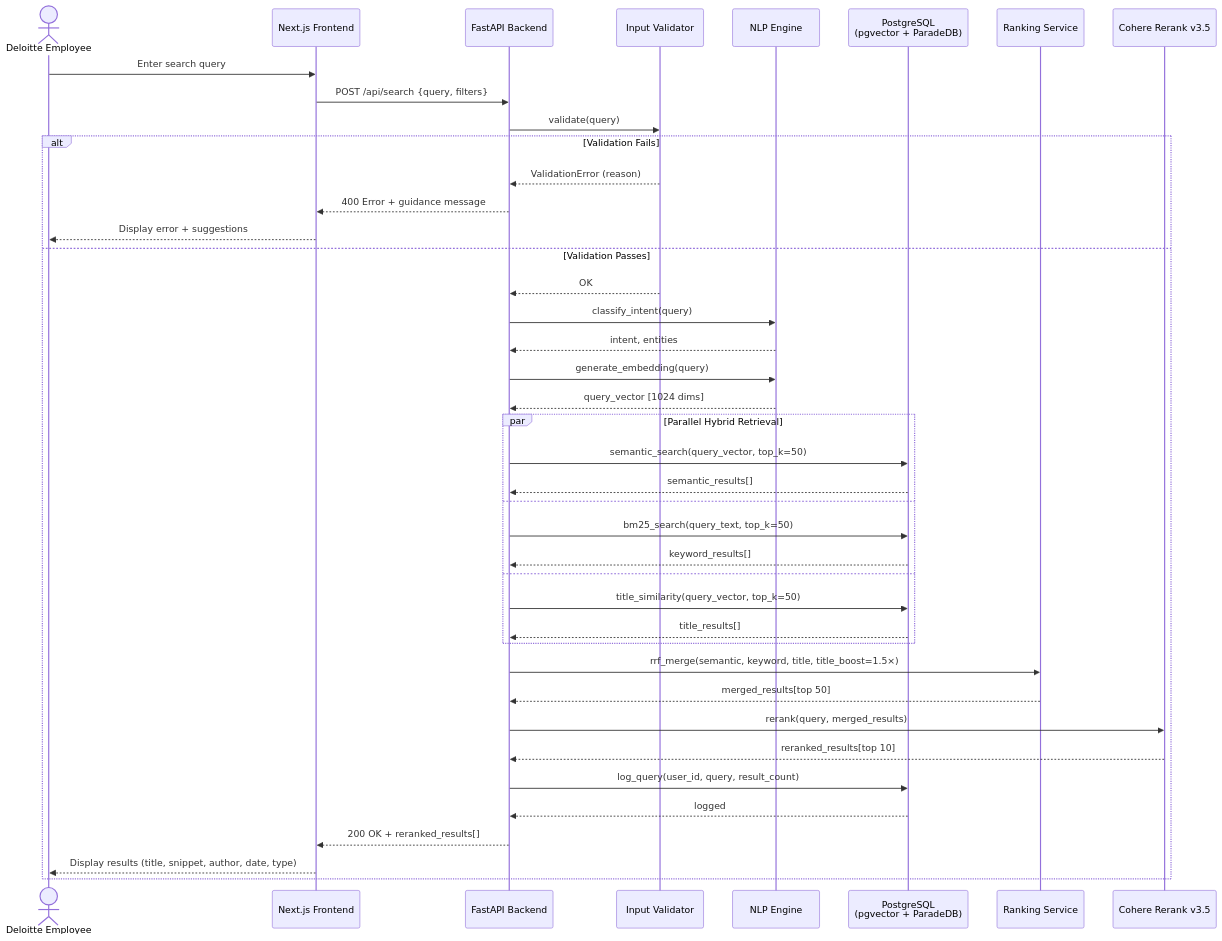
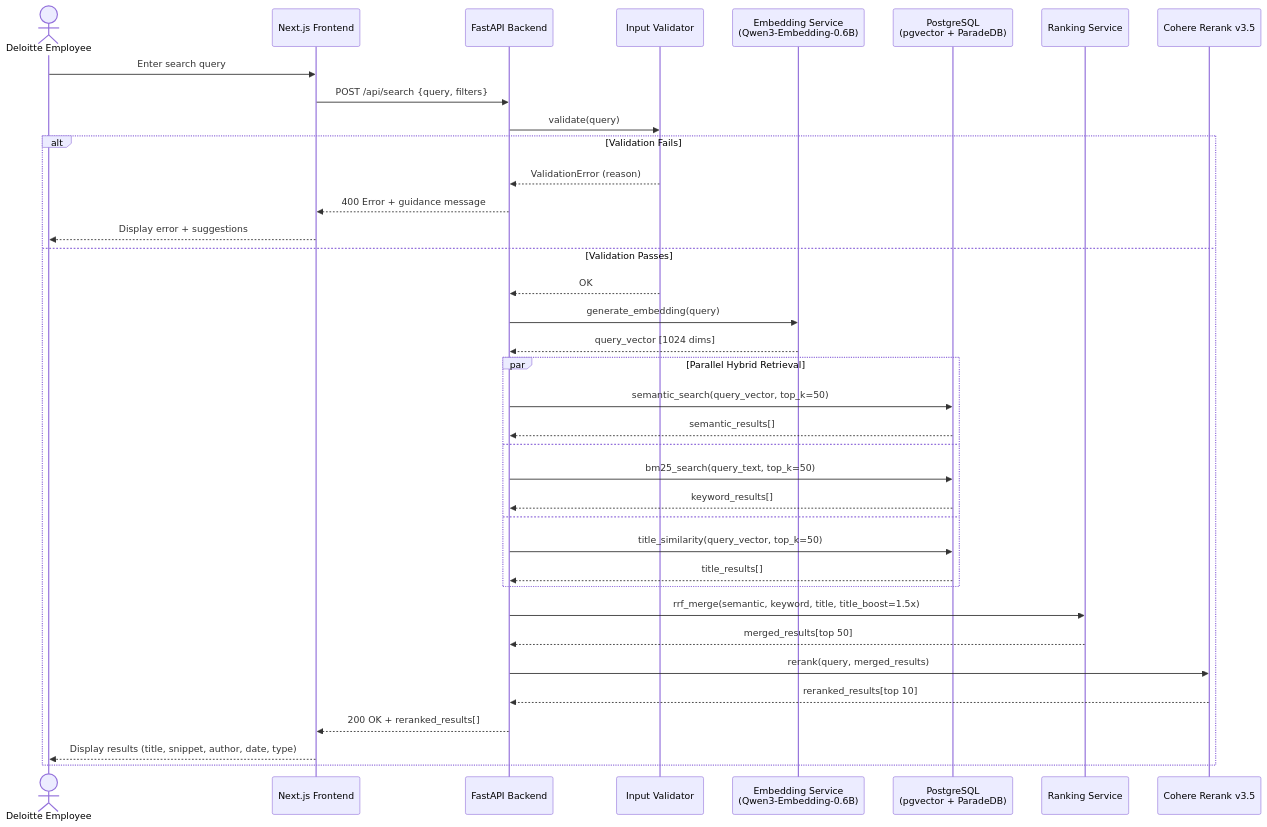
One commit to FlyM1ss/capstone-project changed the diagram in software-engineering/diagrams/sequence.mmd. Above: the diagram before and after it, drawn with Mermaid. The commit also changed 10 other files, not shown here.

First line of the commit message:
docs: update UML diagrams and add modern high-res renders

```diff
--- a/software-engineering/diagrams/sequence.mmd
+++ b/software-engineering/diagrams/sequence.mmd
@@ -1,45 +1,41 @@
 sequenceDiagram
     actor User as Deloitte Employee
     participant UI as Next.js Frontend
     participant API as FastAPI Backend
     participant Val as Input Validator
-    participant NLP as NLP Engine
+    participant Embed as Embedding Service<br/>(Qwen3-Embedding-0.6B)
     participant DB as PostgreSQL<br/>(pgvector + ParadeDB)
     participant Rank as Ranking Service
     participant RR as Cohere Rerank v3.5
 
     User->>UI: Enter search query
     UI->>API: POST /api/search {query, filters}
     API->>Val: validate(query)
 
     alt Validation Fails
         Val-->>API: ValidationError (reason)
         API-->>UI: 400 Error + guidance message
         UI-->>User: Display error + suggestions
     else Validation Passes
         Val-->>API: OK
-        API->>NLP: classify_intent(query)
-        NLP-->>API: intent, entities
-        API->>NLP: generate_embedding(query)
-        NLP-->>API: query_vector [1024 dims]
+        API->>Embed: generate_embedding(query)
+        Embed-->>API: query_vector [1024 dims]
 
         par Parallel Hybrid Retrieval
             API->>DB: semantic_search(query_vector, top_k=50)
             DB-->>API: semantic_results[]
         and
             API->>DB: bm25_search(query_text, top_k=50)
             DB-->>API: keyword_results[]
         and
             API->>DB: title_similarity(query_vector, top_k=50)
             DB-->>API: title_results[]
         end
 
-        API->>Rank: rrf_merge(semantic, keyword, title, title_boost=1.5×)
+        API->>Rank: rrf_merge(semantic, keyword, title, title_boost=1.5x)
         Rank-->>API: merged_results[top 50]
         API->>RR: rerank(query, merged_results)
         RR-->>API: reranked_results[top 10]
-        API->>DB: log_query(user_id, query, result_count)
-        DB-->>API: logged
         API-->>UI: 200 OK + reranked_results[]
         UI-->>User: Display results (title, snippet, author, date, type)
     end
```
